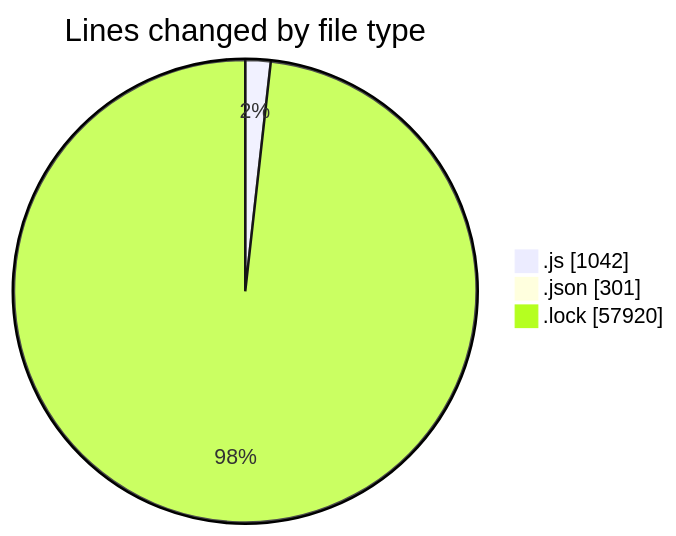
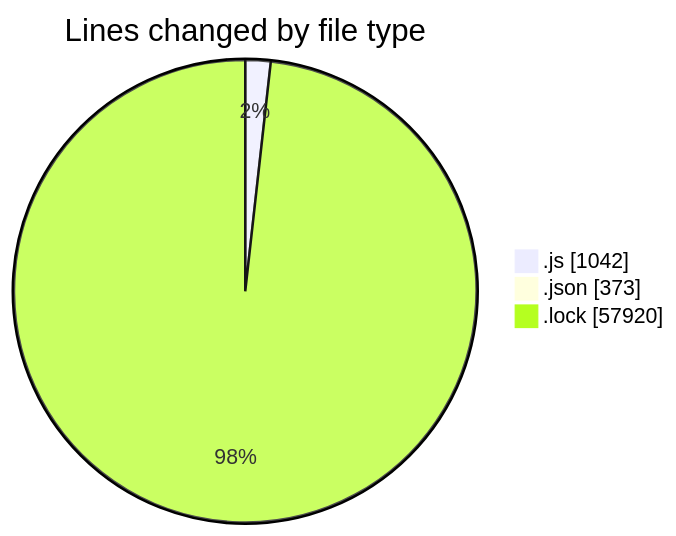
The first of 2 diagrams in 2025-12-18/cda/README.md (momahboobian/code-tracking), drawn with Mermaid before and after one commit. The commit also changed other lines of this file and 1 other file, not shown here.

````diff
--- a/2025-12-18/cda/README.md
+++ b/2025-12-18/cda/README.md
@@ -37,7 +38,7 @@
 ```mermaid
 pie showData
 title Lines changed by file type
 ".js" : 1042
-".json" : 301
+".json" : 373
 ".lock" : 57920
 ```
````
